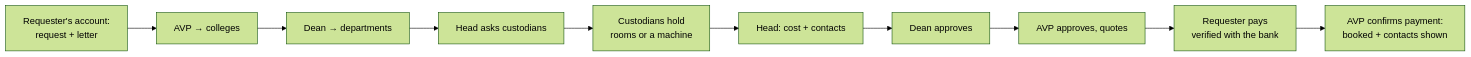
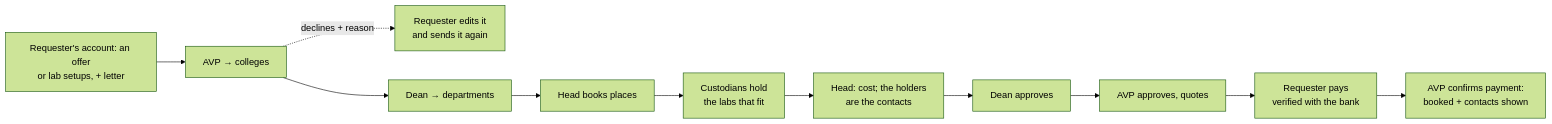
One commit to diagomike/lab_resource_v2 changed the fifth of 5 diagrams in docs/user-guide/appendix.md. Above: the diagram before and after it, drawn with Mermaid (forest theme). The commit also changed other lines of this file and 119 other files, not shown here.

Commit message:
End-to-end scripts for the new flows, every guide screenshot retaken, the appendix flows redrawn

````diff
--- a/docs/user-guide/appendix.md
+++ b/docs/user-guide/appendix.md
@@ -78,12 +82,13 @@
 ```mermaid
 flowchart LR
-  R[Requester's account:<br/>request + letter] --> A[AVP → colleges]
+  R[Requester's account: an offer<br/>or lab setups, + letter] --> A[AVP → colleges]
+  A -. declines + reason .-> RS[Requester edits it<br/>and sends it again]
   A --> DE[Dean → departments]
-  DE --> HD[Head asks custodians]
-  HD --> CU[Custodians hold<br/>rooms or a machine]
-  CU --> HA[Head: cost + contacts]
+  DE --> HD[Head books places]
+  HD --> CU[Custodians hold<br/>the labs that fit]
+  CU --> HA[Head: cost; the holders<br/>are the contacts]
   HA --> DA[Dean approves]
   DA --> AA[AVP approves, quotes]
   AA --> P[Requester pays<br/>verified with the bank]
   P --> C[AVP confirms payment:<br/>booked + contacts shown]
 ```
````
